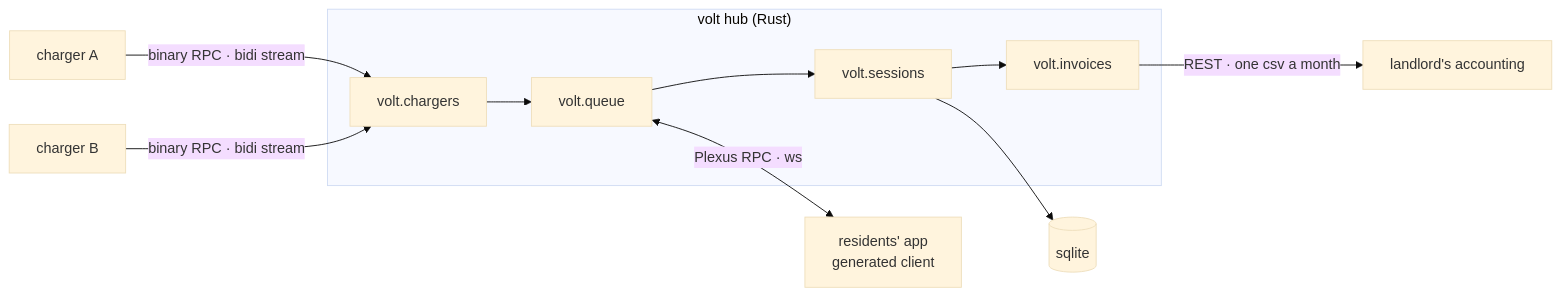
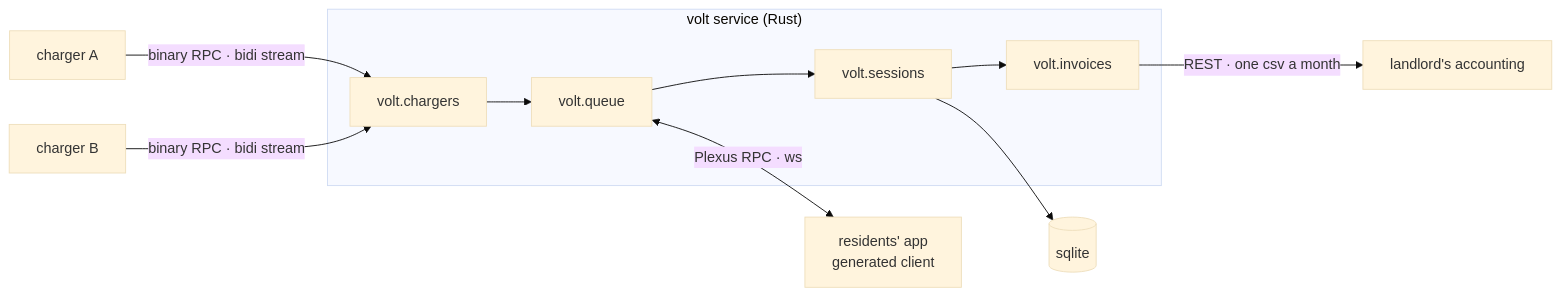
Before and after one commit to hypermemetic-ai/menger-skills: the diagram in ticketing/examples/scope.md, drawn with Mermaid (base theme). The commit also changed other lines of this file and 18 other files, not shown here.

First line of the commit message:
NAMING: a Plexus backend is a service, never a hub — every skill and example says service (owner, 2026-10-29: "we don't call them hubs anymore. we call them services.")

````diff
--- a/ticketing/examples/scope.md
+++ b/ticketing/examples/scope.md
@@ -35,13 +35,13 @@
 ```mermaid
 flowchart LR
-  subgraph H["volt hub (Rust)"]
+  subgraph H["volt service (Rust)"]
     CH["volt.chargers"] --> Q["volt.queue"]
     Q --> S["volt.sessions"]
     S --> INV["volt.invoices"]
   end
   CP1["charger A"] -->|"binary RPC · bidi stream"| CH
   CP2["charger B"] -->|"binary RPC · bidi stream"| CH
   Q <-->|"Plexus RPC · ws"| APP["residents' app<br/>generated client"]
   INV -->|"REST · one csv a month"| LL["landlord's accounting"]
   S --> DB[("sqlite")]
 ```
````
